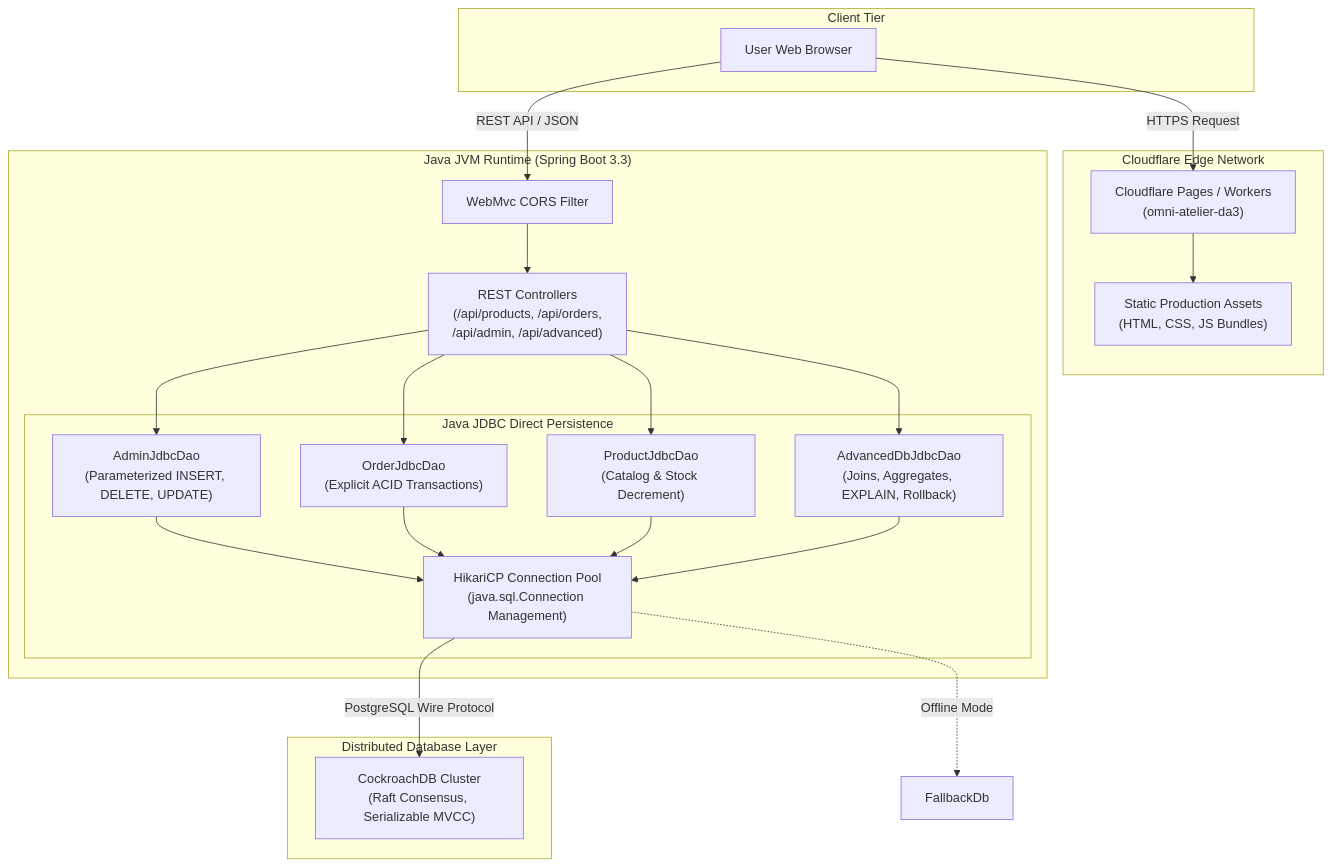
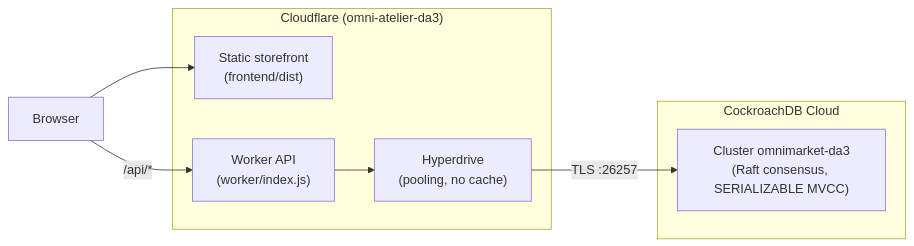
One commit to naveendrang-cyber/DBMS-PROJ changed the diagram in Digital Assignment 3/docs/architecture.md. Above: the diagram before and after it, drawn with Mermaid. The commit also changed other lines of this file and 81 other files, not shown here.

First line of the commit message:
feat(da3): serve API from Cloudflare Worker + Hyperdrive on CockroachDB Cloud, drop Java/JDBC

````diff
--- a/Digital Assignment 3/docs/architecture.md
+++ b/Digital Assignment 3/docs/architecture.md
@@ -16,37 +12,14 @@
 ```mermaid
-flowchart TD
-    subgraph Client["Client Tier"]
-        Browser["User Web Browser"]
+flowchart LR
+    subgraph Cloudflare["Cloudflare (omni-atelier-da3)"]
+        Assets["Static storefront<br/>(frontend/dist)"]
+        Worker["Worker API<br/>(worker/index.js)"]
+        Hyperdrive["Hyperdrive<br/>(pooling, no cache)"]
     end
-
-    subgraph Edge["Cloudflare Edge Network"]
-        CFPages["Cloudflare Pages / Workers<br/>(omni-atelier-da3)"]
-        DistAssets["Static Production Assets<br/>(HTML, CSS, JS Bundles)"]
+    subgraph CRDB["CockroachDB Cloud"]
+        Cluster["Cluster omnimarket-da3<br/>(Raft consensus, SERIALIZABLE MVCC)"]
     end
-
-    subgraph BackendJVM["Java JVM Runtime (Spring Boot 3.3)"]
-        Cors["WebMvc CORS Filter"]
-        Controllers["REST Controllers<br/>(/api/products, /api/orders,<br/>/api/admin, /api/advanced)"]
-        
-        subgraph JdbcLayer["Java JDBC Direct Persistence"]
-            AdminDao["AdminJdbcDao<br/>(Parameterized INSERT, DELETE, UPDATE)"]
-            OrderDao["OrderJdbcDao<br/>(Explicit ACID Transactions)"]
-            ProductDao["ProductJdbcDao<br/>(Catalog & Stock Decrement)"]
-            AdvancedDao["AdvancedDbJdbcDao<br/>(Joins, Aggregates, EXPLAIN, Rollback)"]
-            HikariPool["HikariCP Connection Pool<br/>(java.sql.Connection Management)"]
-        end
-    end
-
-    subgraph DatabaseTier["Distributed Database Layer"]
-        Cockroach["CockroachDB Cluster<br/>(Raft Consensus, Serializable MVCC)"]
-    end
-
-    Browser -->|HTTPS Request| CFPages
-    CFPages --> DistAssets
-    Browser -->|REST API / JSON| Cors
-    Cors --> Controllers
-    Controllers --> AdminDao & OrderDao & ProductDao & AdvancedDao
-    AdminDao & OrderDao & ProductDao & AdvancedDao --> HikariPool
-    HikariPool -->|PostgreSQL Wire Protocol| Cockroach
-    HikariPool -.->|Offline Mode| FallbackDb
+    Browser --> Assets
+    Browser -->|/api/*| Worker
+    Worker --> Hyperdrive -->|TLS :26257| Cluster
 ```
````
